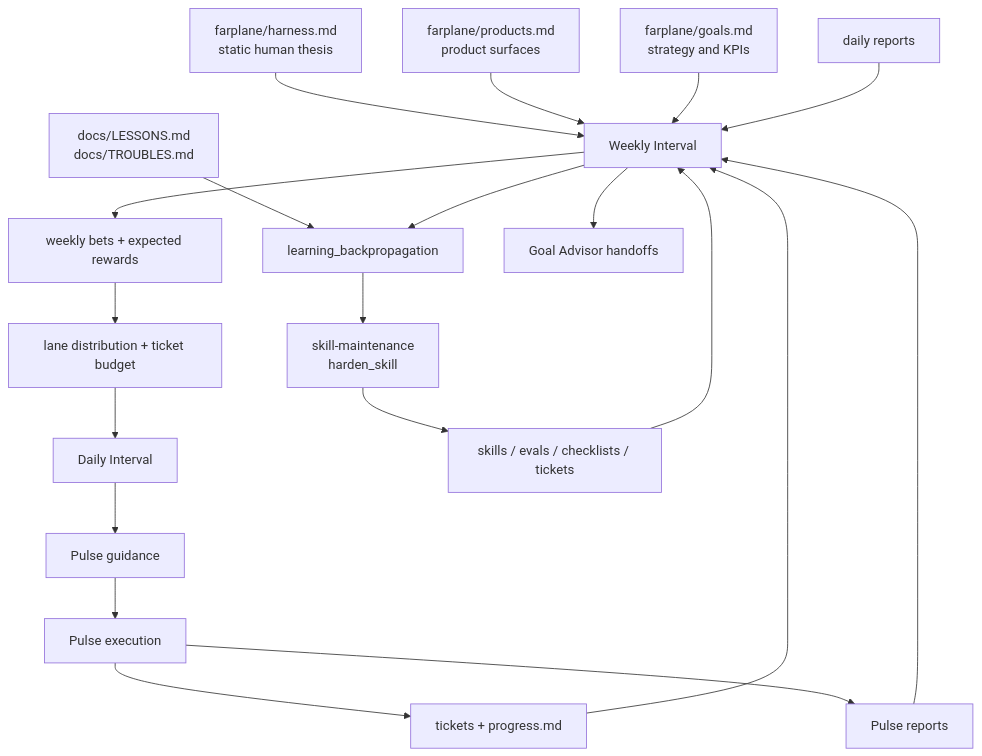
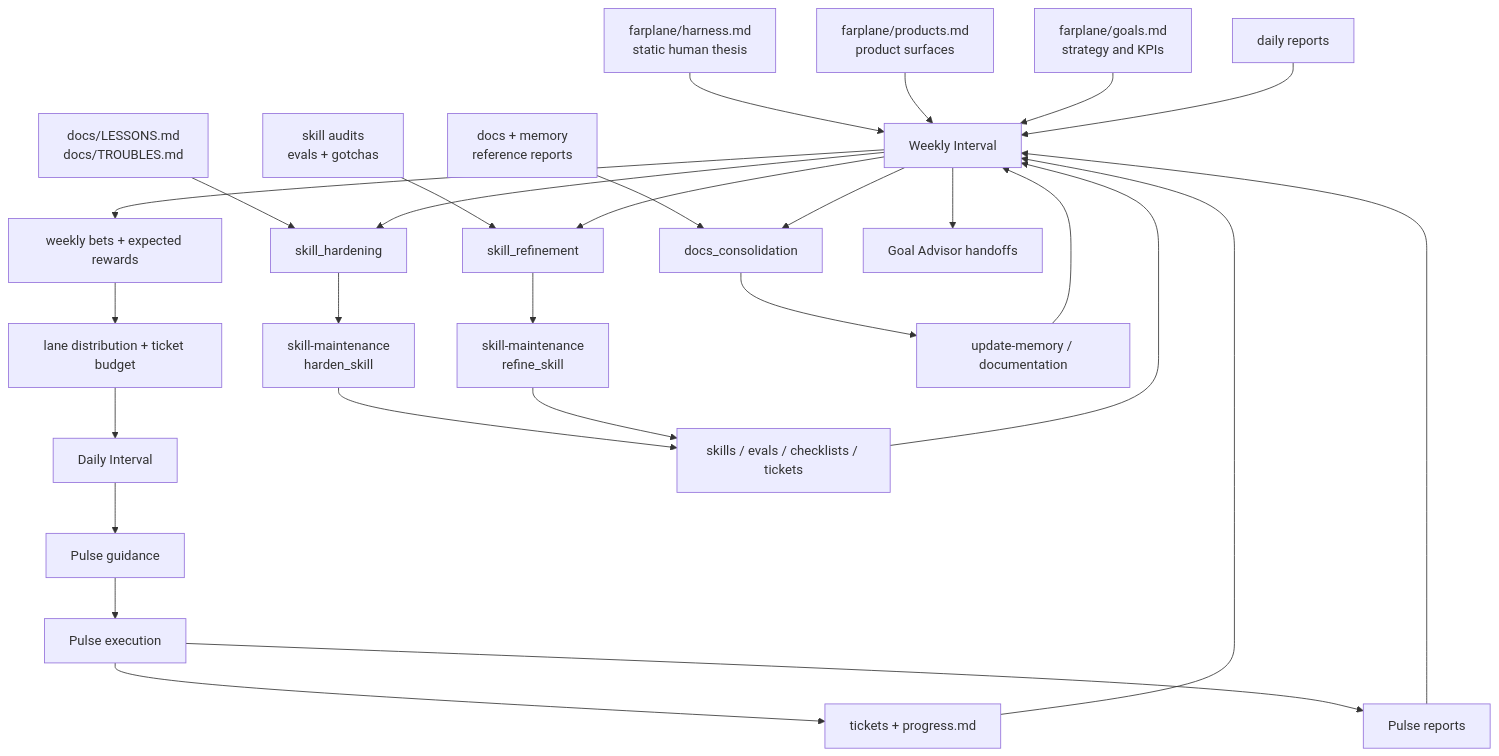
One commit to ZanarkandTechnologies/Farplane changed the diagram in docs/specs/minimal-autonomy-loop.md. Above: the diagram before and after it, drawn with Mermaid. The commit also changed other lines of this file and 9 other files, not shown here.

````diff
--- a/docs/specs/minimal-autonomy-loop.md
+++ b/docs/specs/minimal-autonomy-loop.md
@@ -302,22 +315,30 @@
 ```mermaid
 flowchart TD
     H["farplane/harness.md<br/>static human thesis"] --> W["Weekly Interval"]
     P["farplane/products.md<br/>product surfaces"] --> W
     G["farplane/goals.md<br/>strategy and KPIs"] --> W
     DR["daily reports"] --> W
     PR["Pulse reports"] --> W
     T["tickets + progress.md"] --> W
-    L["docs/LESSONS.md<br/>docs/TROUBLES.md"] --> LB["learning_backpropagation"]
+    L["docs/LESSONS.md<br/>docs/TROUBLES.md"] --> SH["skill_hardening"]
+    SA["skill audits<br/>evals + gotchas"] --> SR["skill_refinement"]
+    DOC["docs + memory<br/>reference reports"] --> DC["docs_consolidation"]
     W --> WB["weekly bets + expected rewards"]
     WB --> LD["lane distribution + ticket budget"]
     LD --> D["Daily Interval"]
     D --> PG["Pulse guidance"]
     PG --> PU["Pulse execution"]
     PU --> T
     PU --> PR
     W --> GA["Goal Advisor handoffs"]
-    W --> LB
-    LB --> SM["skill-maintenance<br/>harden_skill"]
+    W --> SH
+    W --> SR
+    W --> DC
+    SH --> SM["skill-maintenance<br/>harden_skill"]
+    SR --> SMR["skill-maintenance<br/>refine_skill"]
+    DC --> UM["update-memory / documentation"]
     SM --> SK["skills / evals / checklists / tickets"]
+    SMR --> SK
+    UM --> W
     SK --> W
 ```
````
